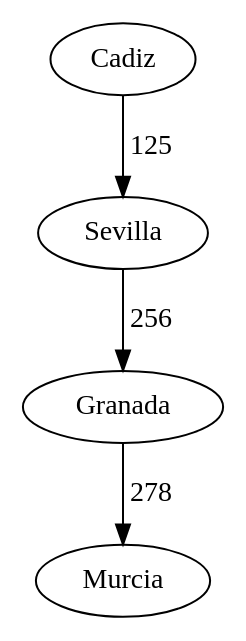
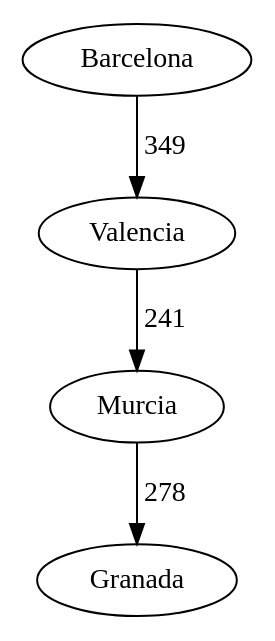
One commit to dani3l8200/EDD_PROYECTO2_201801364_201807100 changed the diagram in RutaN.dot. Above: the diagram before and after it, drawn with Graphviz. The commit also changed 107 other files, not shown here.

```diff
--- a/RutaN.dot
+++ b/RutaN.dot
@@ -1,11 +1,11 @@
 digraph D {
 
-	Cadiz[label="Cadiz"]
-	Sevilla[label="Sevilla"]
-	Cadiz -> Sevilla [label="125"]
+	Barcelona[label="Barcelona"]
+	Valencia[label="Valencia"]
+	Barcelona -> Valencia [label="349"]
+	Murcia[label="Murcia"]
+	Valencia -> Murcia [label="241"]
 	Granada[label="Granada"]
-	Sevilla -> Granada [label="256"]
-	Murcia[label="Murcia"]
-	Granada -> Murcia [label="278"]
+	Murcia -> Granada [label="278"]
 
 }
```
